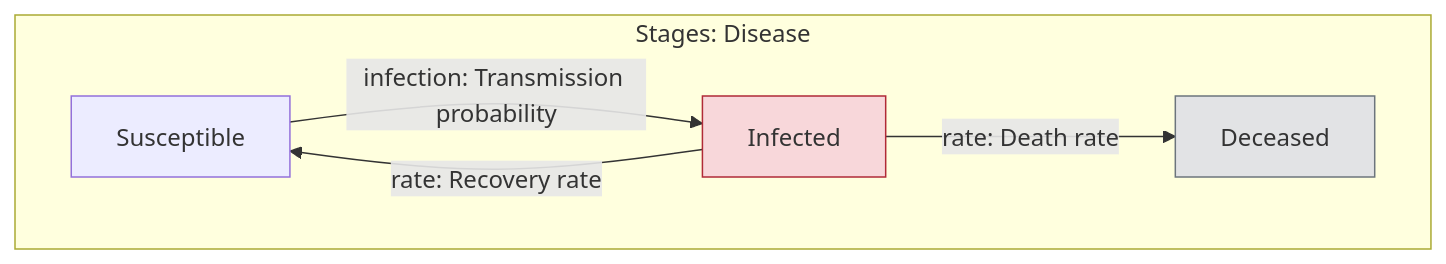
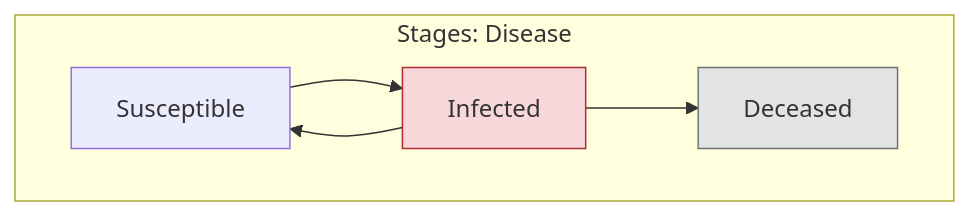
One commit to UofUEpiBio/epiworldpy changed the diagram in epiworldpy/include/epiworld/models/sisd.mmd. Above: the diagram before and after it, drawn with Mermaid. The commit also changed 16 other files, not shown here.

First line of the commit message:
Port epiworld NH-close: diagrams without transition labels (UofUEpiBio/epiworld#370)

```diff
--- a/epiworldpy/include/epiworld/models/sisd.mmd
+++ b/epiworldpy/include/epiworld/models/sisd.mmd
@@ -1,14 +1,14 @@
 %% Drawn from the model's declarations by `make diagrams`; do not edit.
 flowchart LR
     subgraph stages["Stages: Disease"]
         direction LR
         s0["Susceptible"]
         s1["Infected"]:::infectious
         s2["Deceased"]:::away
-        s0 -->|"infection: Transmission probability"| s1
-        s1 -->|"rate: Recovery rate"| s0
-        s1 -->|"rate: Death rate"| s2
+        s0 --> s1
+        s1 --> s0
+        s1 --> s2
     end
     classDef infectious fill:#f8d7da,stroke:#b02a37
     classDef carrier fill:#fff3cd,stroke:#997404
     classDef away fill:#e2e3e5,stroke:#6c757d
```
